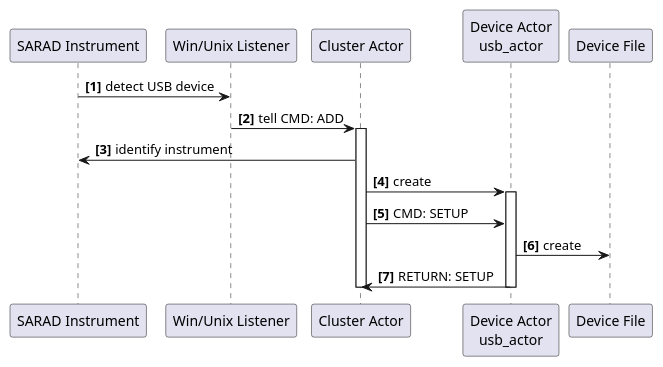
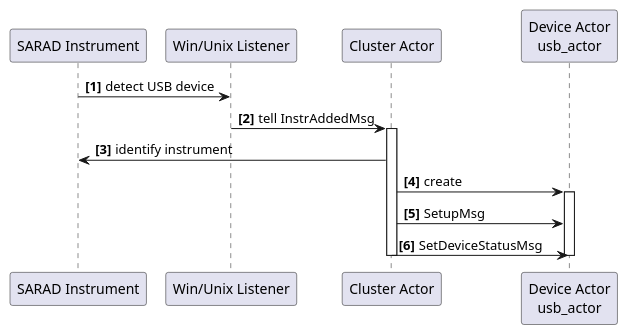
Before and after one commit to SARAD-GmbH/RegServer: the diagram in doc/source/uml-instrument_detection.puml, drawn with PlantUML. The commit also changed 17 other files, not shown here.

```diff
--- a/doc/source/uml-instrument_detection.puml
+++ b/doc/source/uml-instrument_detection.puml
@@ -1,20 +1,18 @@
 @startuml
 autonumber "<b>[0]"
 participant "SARAD Instrument" as instr
 participant "Win/Unix Listener" as listener
 participant "Cluster Actor" as cluster
 participant "Device Actor\nusb_actor" as device_actor
-participant "Device File" as file
 
 instr -> listener: detect USB device
-listener -> cluster: tell CMD: ADD
+listener -> cluster: tell InstrAddedMsg
 activate cluster
 cluster -> instr: identify instrument
 cluster -> device_actor: create
 activate device_actor
-cluster -> device_actor: CMD: SETUP
-device_actor -> file: create
-device_actor -> cluster: RETURN: SETUP
+cluster -> device_actor: SetupMsg
+cluster -> device_actor: SetDeviceStatusMsg
 deactivate device_actor
 deactivate cluster
 @enduml
```
